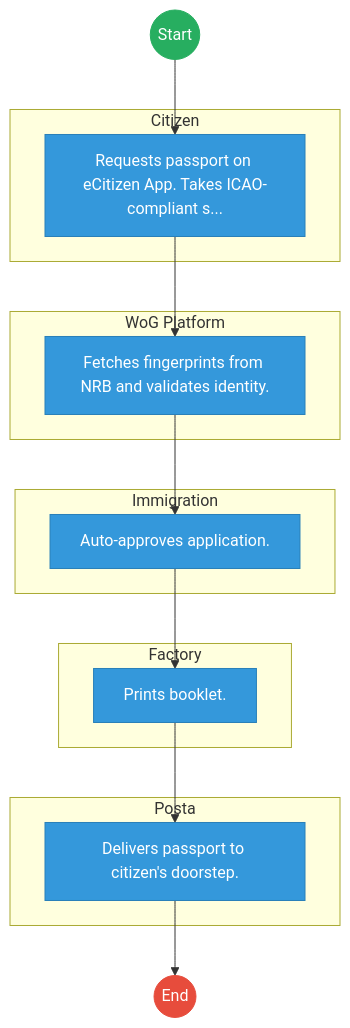
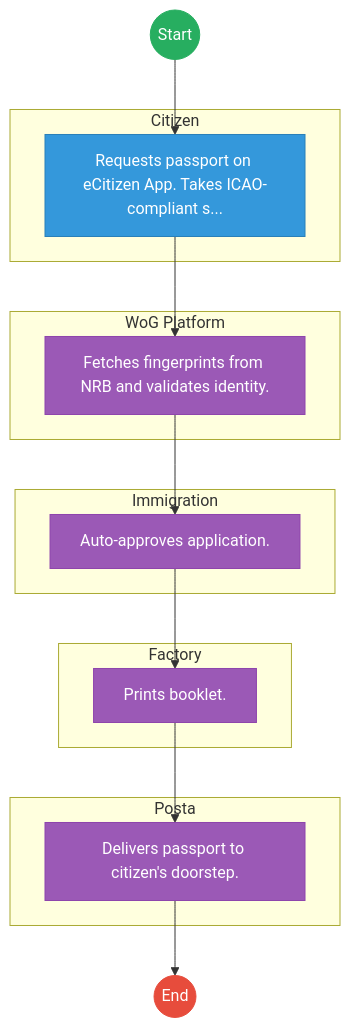
Before and after one commit to BITZ-IT-Consulting-LTD/ictapoc: the second of 2 diagrams in mdas/docs_final/STATE_DEPARTMENT_FOR_IMMIGRATION_AND_CITIZEN_SERVICES___Passport_Application.md, drawn with Mermaid. The commit also changed other lines of this file, not shown here.

````diff
--- a/mdas/docs_final/STATE_DEPARTMENT_FOR_IMMIGRATION_AND_CITIZEN_SERVICES___Passport_Application.md
+++ b/mdas/docs_final/STATE_DEPARTMENT_FOR_IMMIGRATION_AND_CITIZEN_SERVICES___Passport_Application.md
@@ -133,38 +159,39 @@
 ```mermaid
 graph TD
     Start((Start)) --> S1
 
     subgraph Citizen [Citizen]
         S1["Requests passport on eCitizen App. Takes ICAO-compliant s..."]
     end
 
     subgraph WoG_Platform [WoG Platform]
         S2["Fetches fingerprints from NRB and validates identity."]
     end
 
     subgraph Immigration [Immigration]
         S3["Auto-approves application."]
     end
 
     subgraph Factory [Factory]
         S4["Prints booklet."]
     end
 
     subgraph Posta [Posta]
         S5["Delivers passport to citizen's doorstep."]
     end
     S1 --> S2
     S2 --> S3
     S3 --> S4
     S4 --> S5
     S5 --> End((End))
 
     classDef start fill:#27ae60,stroke:#27ae60,color:#fff;
     classDef endNode fill:#e74c3c,stroke:#e74c3c,color:#fff;
     classDef userTask fill:#3498db,stroke:#2980b9,color:#fff;
     classDef serviceTask fill:#9b59b6,stroke:#8e44ad,color:#fff;
 
     class Start start;
     class End endNode;
-    class S1,S2,S3,S4,S5 userTask;
+    class S1 userTask;
+    class S2,S3,S4,S5 serviceTask;
 ```
````
